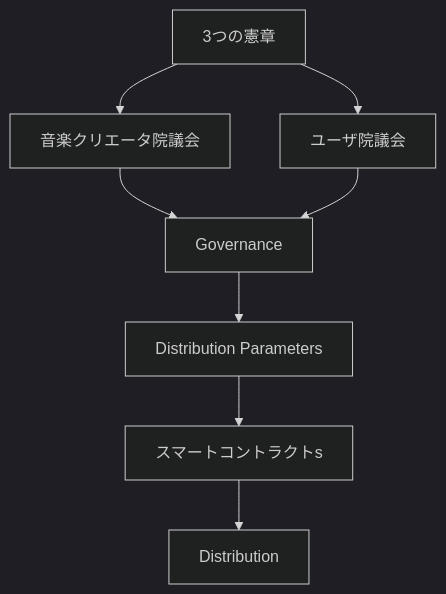
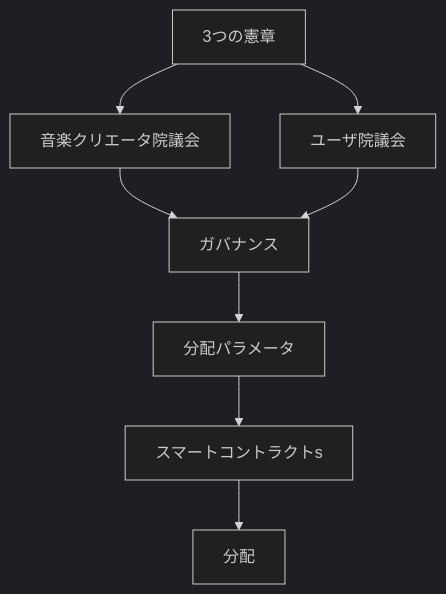
One commit to ShigeichiroYamasaki/creator-first-platform changed diagram 14 of 17 in docs/whitepaper/03-rights-and-money.md. Above: the diagram before and after it, drawn with Mermaid (dark theme). The commit also changed other lines of this file and 72 other files, not shown here.

````diff
--- a/docs/whitepaper/03-rights-and-money.md
+++ b/docs/whitepaper/03-rights-and-money.md
@@ -345,11 +345,11 @@
 ```mermaid
 flowchart TD
     CONST[3つの憲章]
     CONST --> CH[音楽クリエータ院議会]
     CONST --> UH[ユーザ院議会]
-    CH --> GOV[Governance]
+    CH --> GOV[ガバナンス]
     UH --> GOV
-    GOV --> PARAM[Distribution Parameters]
+    GOV --> PARAM[分配パラメータ]
     PARAM --> SC[スマートコントラクトs]
-    SC --> PAY[Distribution]
+    SC --> PAY[分配]
 ```
````
